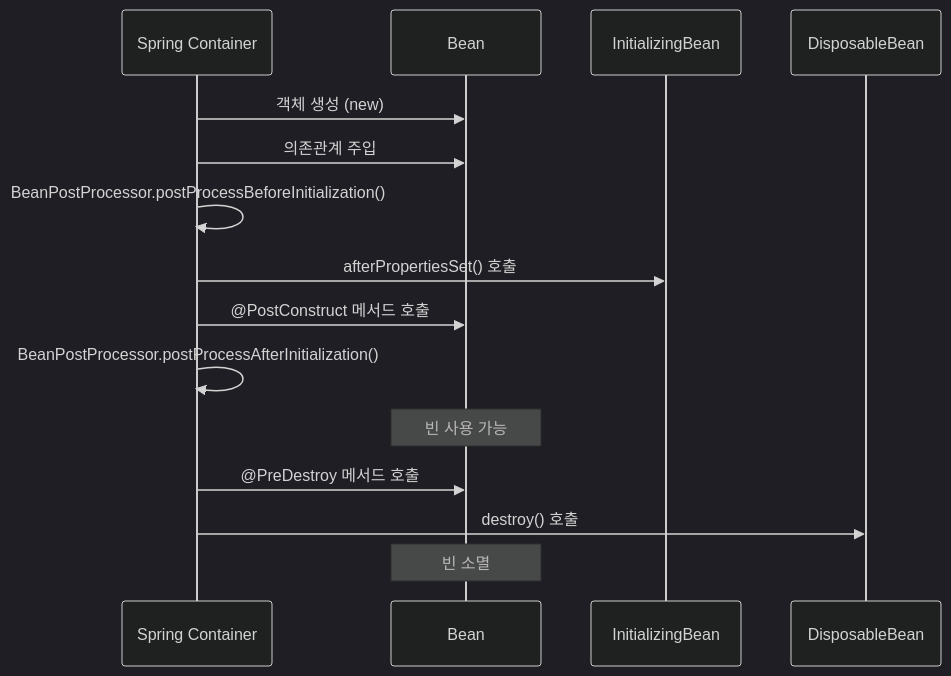
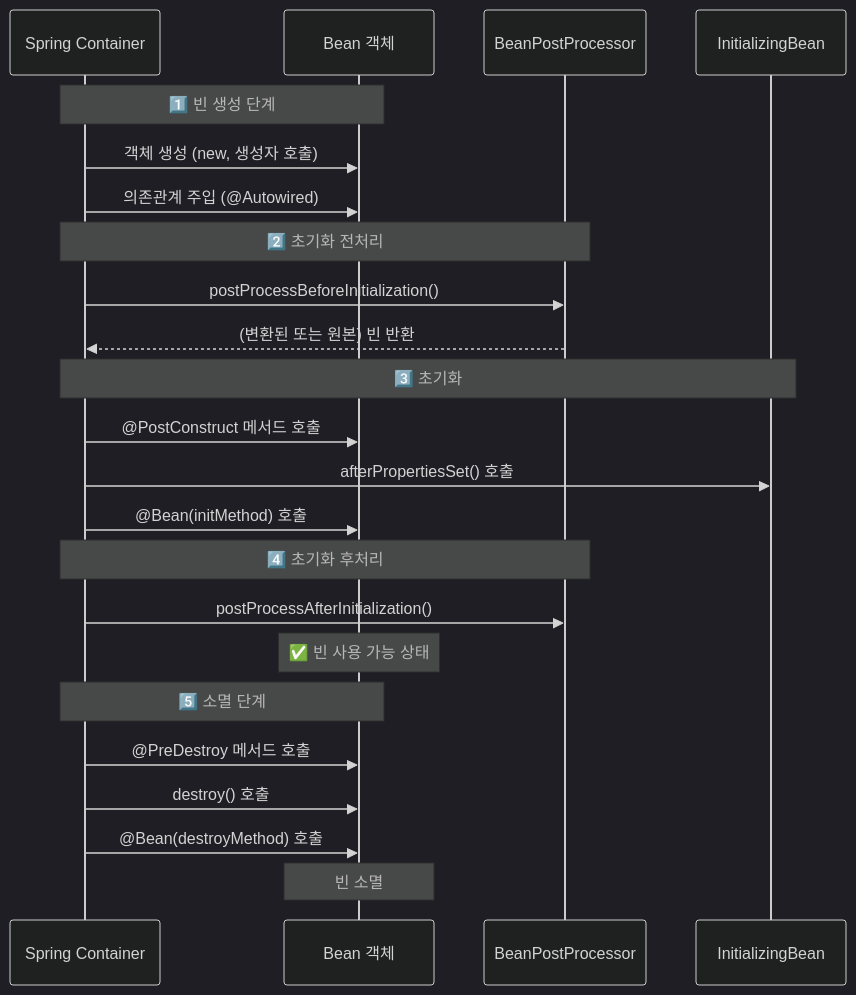
The seventh of 13 diagrams in _posts/spring/2026-05-02-spring-core-basic.md (yjkim2015/yjkim2015.github.io), drawn with Mermaid (dark theme) before and after one commit. The commit also changed other lines of this file and 32 other files, not shown here.

````diff
--- a/_posts/spring/2026-05-02-spring-core-basic.md
+++ b/_posts/spring/2026-05-02-spring-core-basic.md
@@ -419,18 +475,30 @@
 ```mermaid
 sequenceDiagram
     participant C as Spring Container
-    participant B as Bean
+    participant B as Bean 객체
+    participant BPP as BeanPostProcessor
     participant I as InitializingBean
-    participant D as DisposableBean
 
-    C->>B: 객체 생성 (new)
-    C->>B: 의존관계 주입
-    C->>C: BeanPostProcessor.postProcessBeforeInitialization()
+    Note over C,B: 1️⃣ 빈 생성 단계
+    C->>B: 객체 생성 (new, 생성자 호출)
+    C->>B: 의존관계 주입 (@Autowired)
+
+    Note over C,BPP: 2️⃣ 초기화 전처리
+    C->>BPP: postProcessBeforeInitialization()
+    BPP-->>C: (변환된 또는 원본) 빈 반환
+
+    Note over C,I: 3️⃣ 초기화
+    C->>B: @PostConstruct 메서드 호출
     C->>I: afterPropertiesSet() 호출
-    C->>B: @PostConstruct 메서드 호출
-    C->>C: BeanPostProcessor.postProcessAfterInitialization()
-    Note over B: 빈 사용 가능
+    C->>B: @Bean(initMethod) 호출
+
+    Note over C,BPP: 4️⃣ 초기화 후처리
+    C->>BPP: postProcessAfterInitialization()
+    Note over B: ✅ 빈 사용 가능 상태
+
+    Note over C,B: 5️⃣ 소멸 단계
     C->>B: @PreDestroy 메서드 호출
-    C->>D: destroy() 호출
+    C->>B: destroy() 호출
+    C->>B: @Bean(destroyMethod) 호출
     Note over B: 빈 소멸
 ```
````
